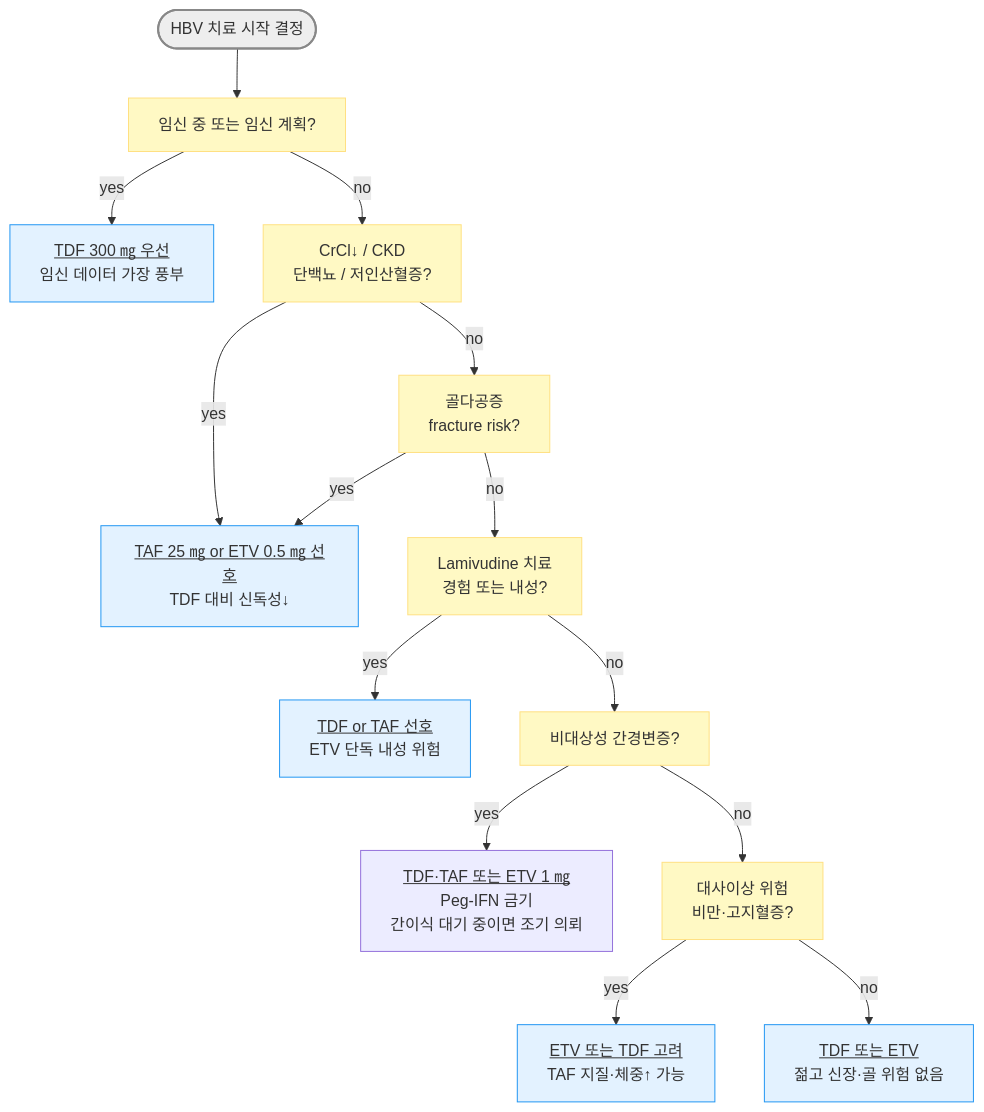
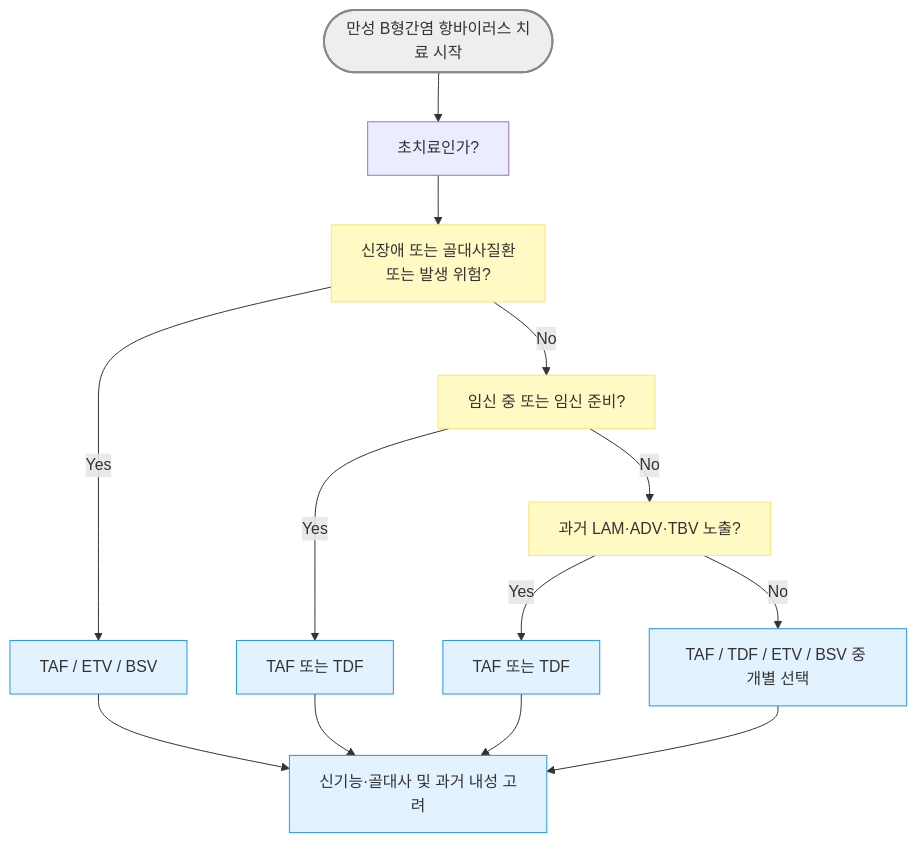
Before and after one commit to familyoh77/familyoh77: the first of 4 diagrams in 224_/091_b-hepatitis-b-viral-infection.md, drawn with Mermaid. The commit also changed other lines of this file and 4 other files, not shown here.

````diff
--- a/224_/091_b-hepatitis-b-viral-infection.md
+++ b/224_/091_b-hepatitis-b-viral-infection.md
@@ -253,22 +222,21 @@
 ```mermaid
 flowchart TD
-    A([HBV 치료 시작 결정]) --> B[임신 중 또는 임신 계획?]
-    B -- yes --> TDF1[<u>TDF 300 ㎎ 우선</u><br/>임신 데이터 가장 풍부]
-    B -- no --> C[CrCl↓ / CKD<br/>단백뇨 / 저인산혈증?]
-    C -- yes --> D[<u>TAF 25 ㎎ or ETV 0.5 ㎎ 선호</u><br/>TDF 대비 신독성↓]
-    C -- no --> E[골다공증<br/>fracture risk?]
-    E -- yes --> D
-    E -- no --> F[Lamivudine 치료<br/>경험 또는 내성?]
-    F -- yes --> G[<u>TDF or TAF 선호</u><br/>ETV 단독 내성 위험]
-    F -- no --> H[비대상성 간경변증?]
-    H -- yes --> I[<u>TDF·TAF 또는 ETV 1 ㎎</u><br/>Peg-IFN 금기<br/>간이식 대기 중이면 조기 의뢰]
-    H -- no --> J[대사이상 위험<br/>비만·고지혈증?]
-    J -- yes --> K[<u>ETV 또는 TDF 고려</u><br/>TAF 지질·체중↑ 가능]
-    J -- no --> L[<u>TDF 또는 ETV</u><br/>젊고 신장·골 위험 없음]
+    A([만성 B형간염 항바이러스 치료 시작]) --> B[초치료인가?]
+    B --> C[신장애 또는 골대사질환<br/>또는 발생 위험?]
+    C -- Yes --> D[TAF / ETV / BSV]
+    C -- No --> E[임신 중 또는 임신 준비?]
+    E -- Yes --> F[TAF 또는 TDF]
+    E -- No --> G[과거 LAM·ADV·TBV 노출?]
+    G -- Yes --> H[TAF 또는 TDF]
+    G -- No --> I[TAF / TDF / ETV / BSV 중 개별 선택]
+    H --> J[신기능·골대사 및 과거 내성 고려]
+    D --> J
+    F --> J
+    I --> J
 
 style A fill:#eeeeee,stroke:#888888,stroke-width:2px
 classDef yellow fill:#fff9c4,stroke:#ffe082
-class B,C,E,F,H,J yellow
+class C,E,G yellow
 classDef sky fill:#e3f2ff,stroke:#2196f3
-class TDF1,D,G,K,L sky
+class D,F,H,I,J sky
 ```
````
